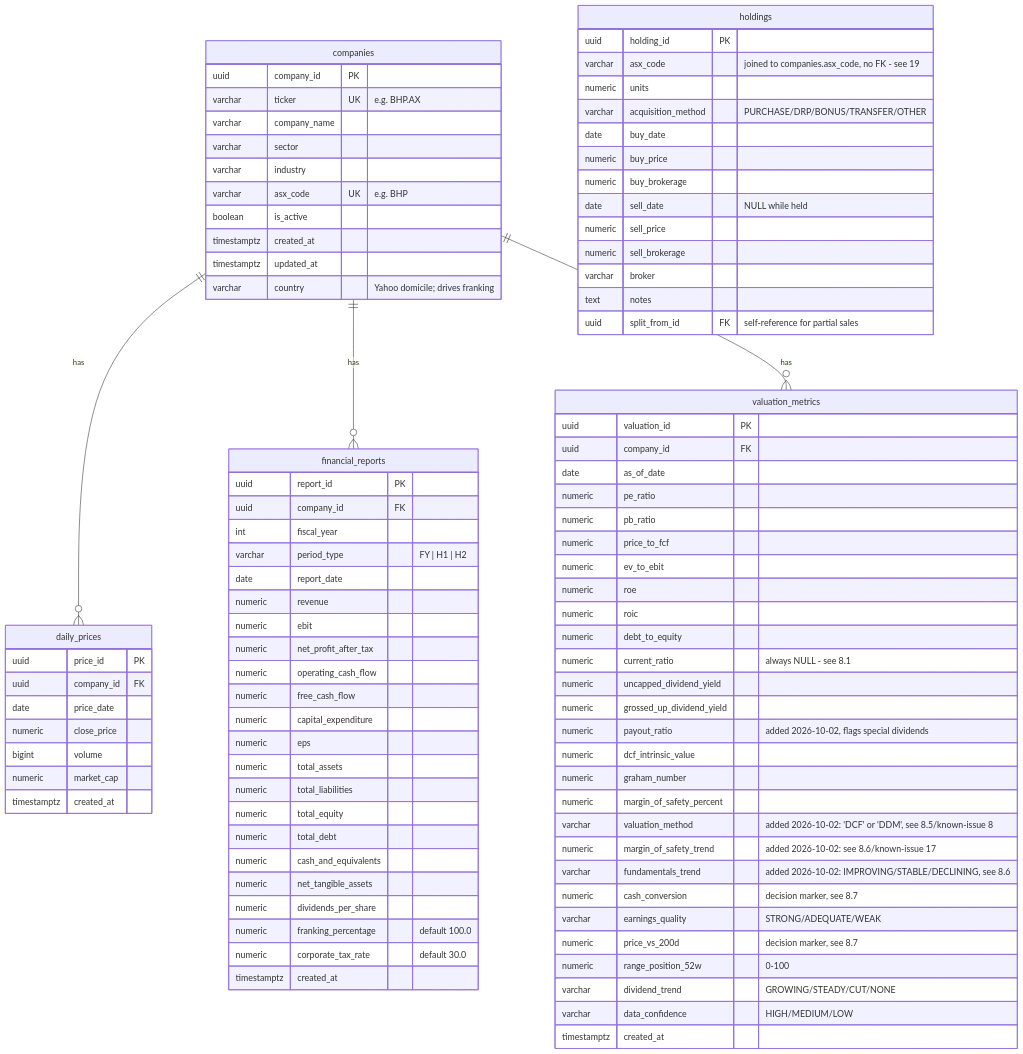
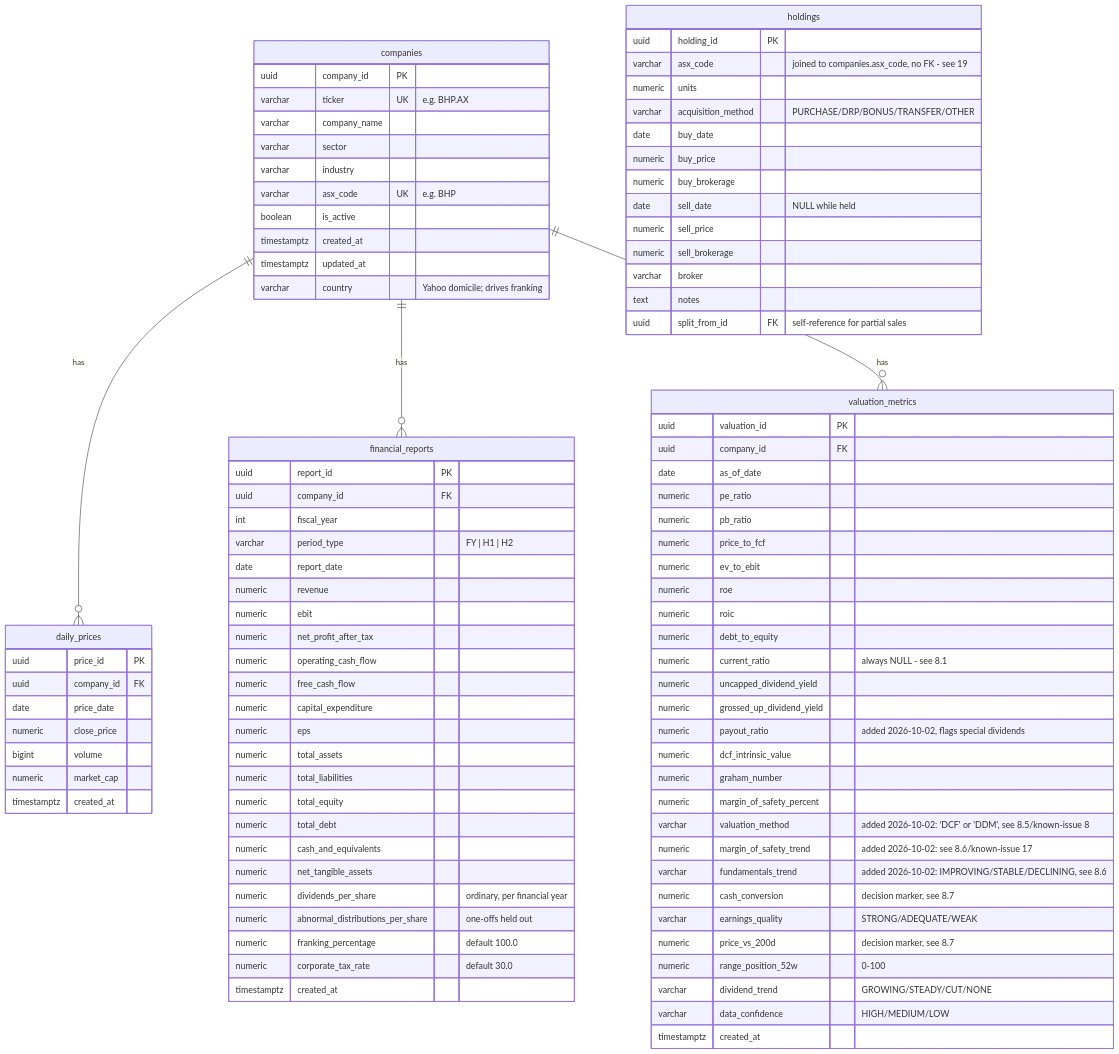
The second of 2 diagrams in docs/AS_BUILT.md (davidstangherlin/Portfolio), drawn with Mermaid before and after one commit. The commit also changed other lines of this file and 12 other files, not shown here.

```diff
--- a/docs/AS_BUILT.md
+++ b/docs/AS_BUILT.md
@@ -190,7 +191,8 @@
         numeric total_debt
         numeric cash_and_equivalents
         numeric net_tangible_assets
-        numeric dividends_per_share
+        numeric dividends_per_share "ordinary, per financial year"
+        numeric abnormal_distributions_per_share "one-offs held out"
         numeric franking_percentage "default 100.0"
         numeric corporate_tax_rate "default 30.0"
         timestamptz created_at
```
